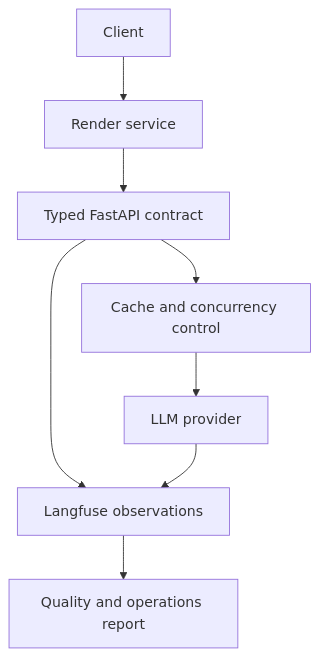
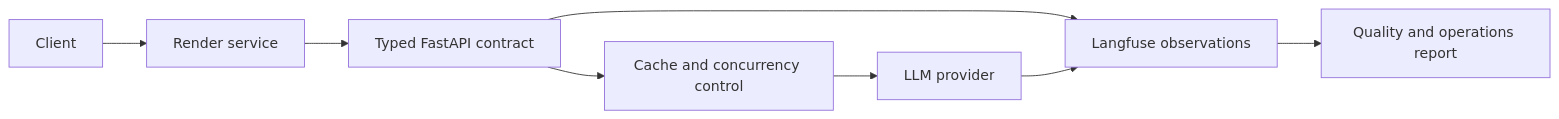
Before and after one commit to Ferid1088/mle-llm-application-deployment-project: the diagram in README.md, drawn with Mermaid. The commit also changed other lines of this file and 2 other files, not shown here.

````diff
--- a/README.md
+++ b/README.md
@@ -24,10 +24,10 @@
 ```mermaid
-flowchart TD
+flowchart LR
     A["Client"] --> B["Render service"]
     B --> C["Typed FastAPI contract"]
     C --> D["Cache and concurrency control"]
     D --> E["LLM provider"]
     C --> F["Langfuse observations"]
     E --> F
     F --> G["Quality and operations report"]
 ```
````
